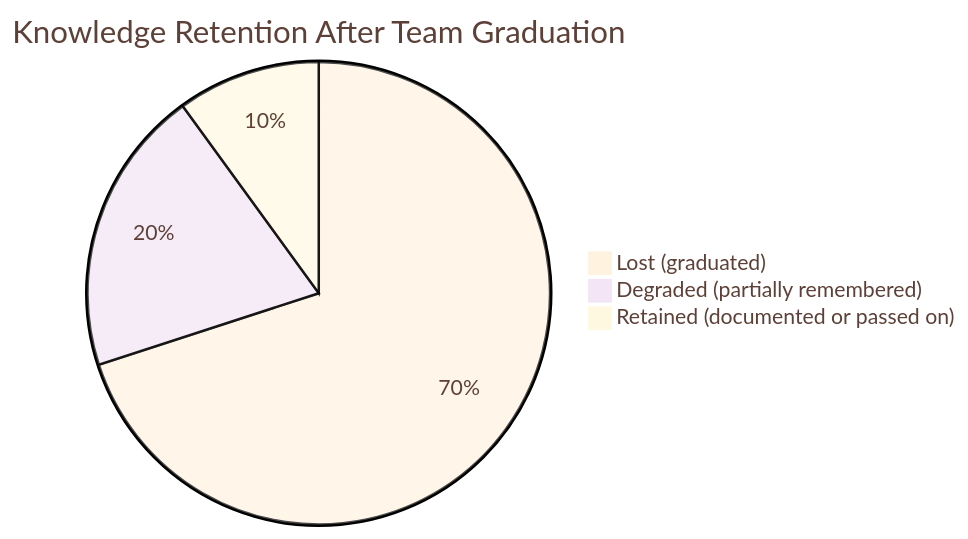
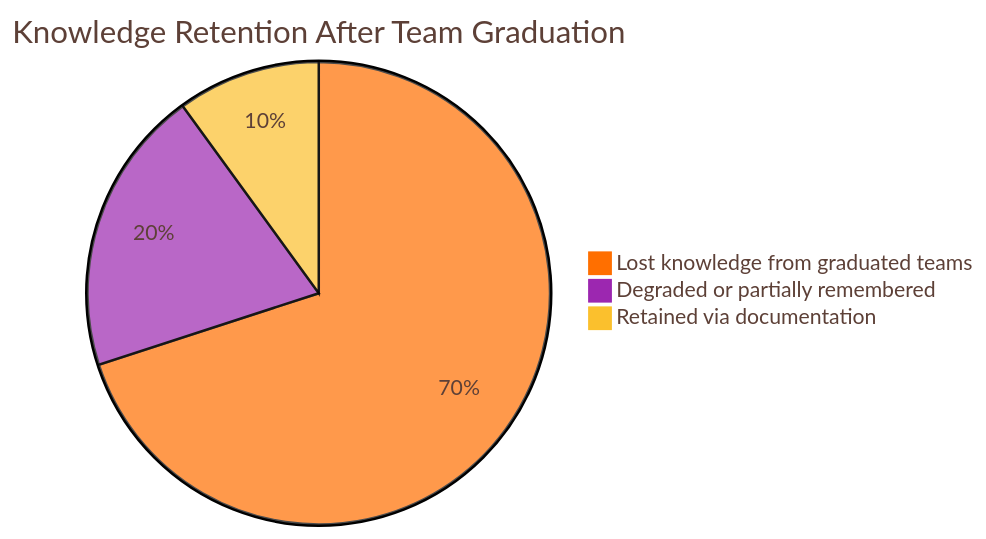
The fifth of 9 diagrams in docs/diagrams/team-boundaries.md (Lizo-RoadTown/PROVES_LIBRARY), drawn with Mermaid before and after one commit. The commit also changed other lines of this file and 6 other files, not shown here.

Commit message:
Add distinct pie colors to all themes and fix pie chart label visibility issues

````diff
--- a/docs/diagrams/team-boundaries.md
+++ b/docs/diagrams/team-boundaries.md
@@ -411,41 +459,53 @@
 ```mermaid
 ---
 config:
   theme: base
   themeVariables:
     primaryColor: '#FFF3E0'
     secondaryColor: '#F3E5F5'
     tertiaryColor: '#FFF8E1'
     primaryTextColor: '#5D4037'
     secondaryTextColor: '#4A148C'
     tertiaryTextColor: '#F57F17'
     primaryBorderColor: '#FF6F00'
     secondaryBorderColor: '#9C27B0'
     tertiaryBorderColor: '#FBC02D'
     background: '#FFF8E1'
     textColor: '#5D4037'
     lineColor: '#FF9800'
     fontFamily: '"Segoe UI", Tahoma, Geneva, Verdana, sans-serif'
     fontSize: '16px'
     nodeBorder: '#FF6F00'
     mainBkg: '#FFF3E0'
     clusterBkg: '#F3E5F5'
     clusterBorder: '#9C27B0'
     edgeLabelBackground: '#FFF8E1'
     actorBkg: '#FFF3E0'
     actorBorder: '#FF6F00'
     actorTextColor: '#5D4037'
     signalColor: '#FF9800'
     signalTextColor: '#5D4037'
     labelBoxBkgColor: '#F3E5F5'
     noteBkgColor: '#FFF8E1'
     noteTextColor: '#F57F17'
     noteBorderColor: '#FBC02D'
+    pie1: '#FF6F00'
+    pie2: '#9C27B0'
+    pie3: '#FBC02D'
+    pie4: '#FF9800'
+    pie5: '#BA68C8'
+    pie6: '#FFD54F'
+    pie7: '#FFB74D'
+    pie8: '#CE93D8'
+    pie9: '#FFF176'
+    pie10: '#FF8A65'
+    pie11: '#F3E5F5'
+    pie12: '#FFF8E1'
   flowchart:
     curve: linear
 ---
 pie title Knowledge Retention After Team Graduation
-    "Lost (graduated)" : 70
-    "Degraded (partially remembered)" : 20
-    "Retained (documented or passed on)" : 10
+    "Lost knowledge from graduated teams" : 70
+    "Degraded or partially remembered" : 20
+    "Retained via documentation" : 10
 ```
````
